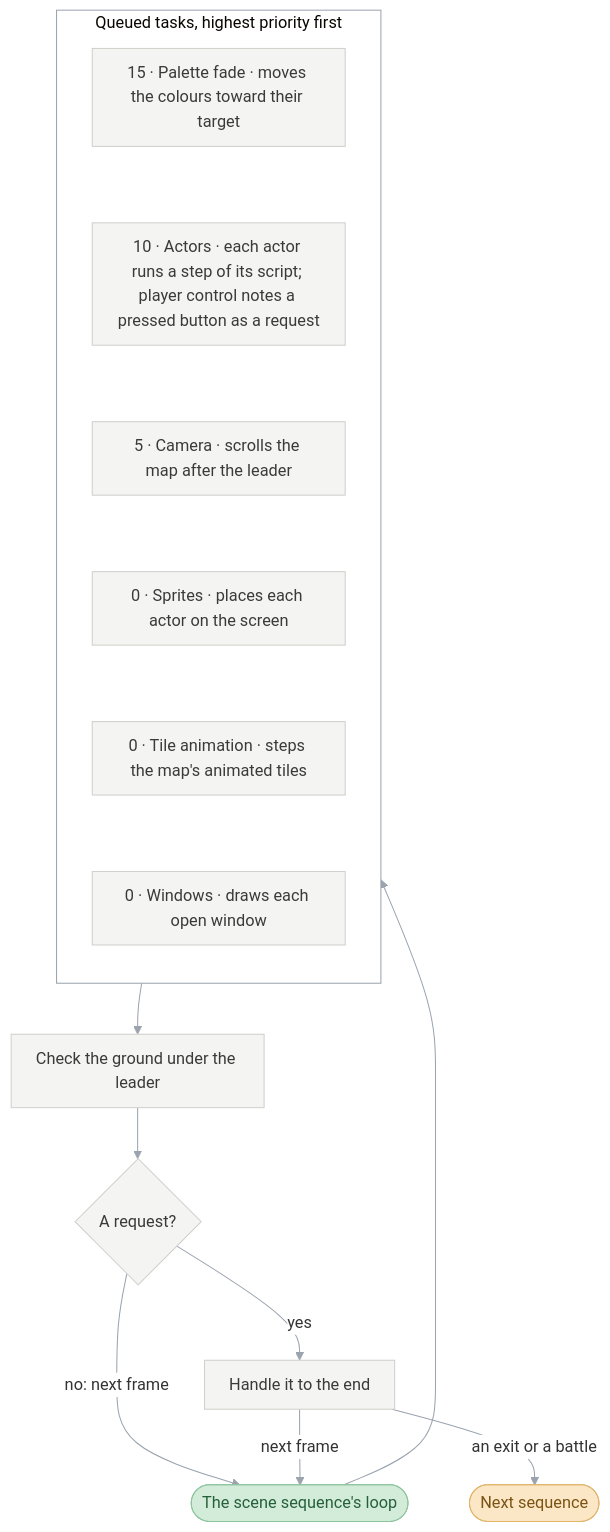
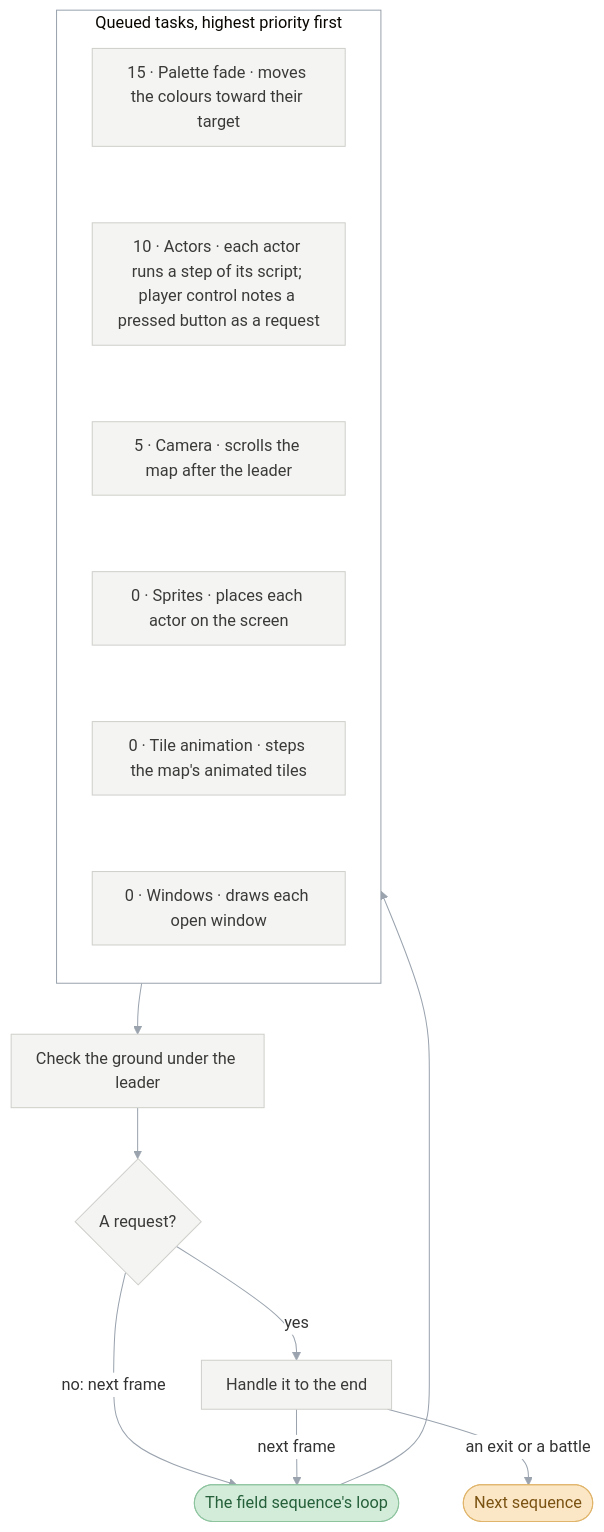
Before and after one commit to PascalPixel/alchemy: the seventh of 9 diagrams in games/tbs/README.md, drawn with Mermaid. The commit also changed other lines of this file and 72 other files, not shown here.

First line of the commit message:
FieldSequence_Run: the field sequence, from the credits' Field division

````diff
--- a/games/tbs/README.md
+++ b/games/tbs/README.md
@@ -333,27 +333,27 @@
 ```mermaid
 %%{init: {"theme": "base", "themeVariables": {"lineColor": "#9AA3AE", "edgeLabelBackground": "#FFFFFF"}, "flowchart": {"curve": "basis", "padding": 12}}}%%
 flowchart TD
-  frame(["The scene sequence's loop"]) --> queue
+  frame(["The field sequence's loop"]) --> queue
   subgraph queue ["Queued tasks, highest priority first"]
     direction TB
     t1["15 · Palette fade · moves the colours toward their target"] ~~~ t2["10 · Actors · each actor runs a step of its script; player control notes a pressed button as a request"]
     t2 ~~~ t3["5 · Camera · scrolls the map after the leader"] ~~~ t4["0 · Sprites · places each actor on the screen"]
     t4 ~~~ t5["0 · Tile animation · steps the map's animated tiles"] ~~~ t6["0 · Windows · draws each open window"]
   end
   queue --> ground["Check the ground under the leader"]
   ground --> check{"A request?"}
   check -->|"no: next frame"| frame
   check -->|"yes"| handle["Handle it to the end"]
   handle -->|"next frame"| frame
   handle -->|"an exit or a battle"| next(["Next sequence"])
   classDef sequenceParent fill:#DDE3EC,stroke:#8FA0B8,color:#2E3C50
-  classDef sceneSequence fill:#D2EEF3,stroke:#7FC3D0,color:#1E5966
+  classDef fieldSequence fill:#D2EEF3,stroke:#7FC3D0,color:#1E5966
   classDef battle fill:#F6D5D2,stroke:#D9928B,color:#8A2A22
   classDef sceneLoop fill:#D3EBD9,stroke:#8DC49E,color:#25603A
   classDef request fill:#FBE7C6,stroke:#E0B46A,color:#7A5212
   classDef step fill:#F4F4F2,stroke:#CFCFCB,color:#3A3A38
   class frame sceneLoop
   class next request
   class t1,t2,t3,t4,t5,t6,ground,handle,check step
   style queue fill:#FFFFFF,stroke:#9AA3AE
 ```
````
